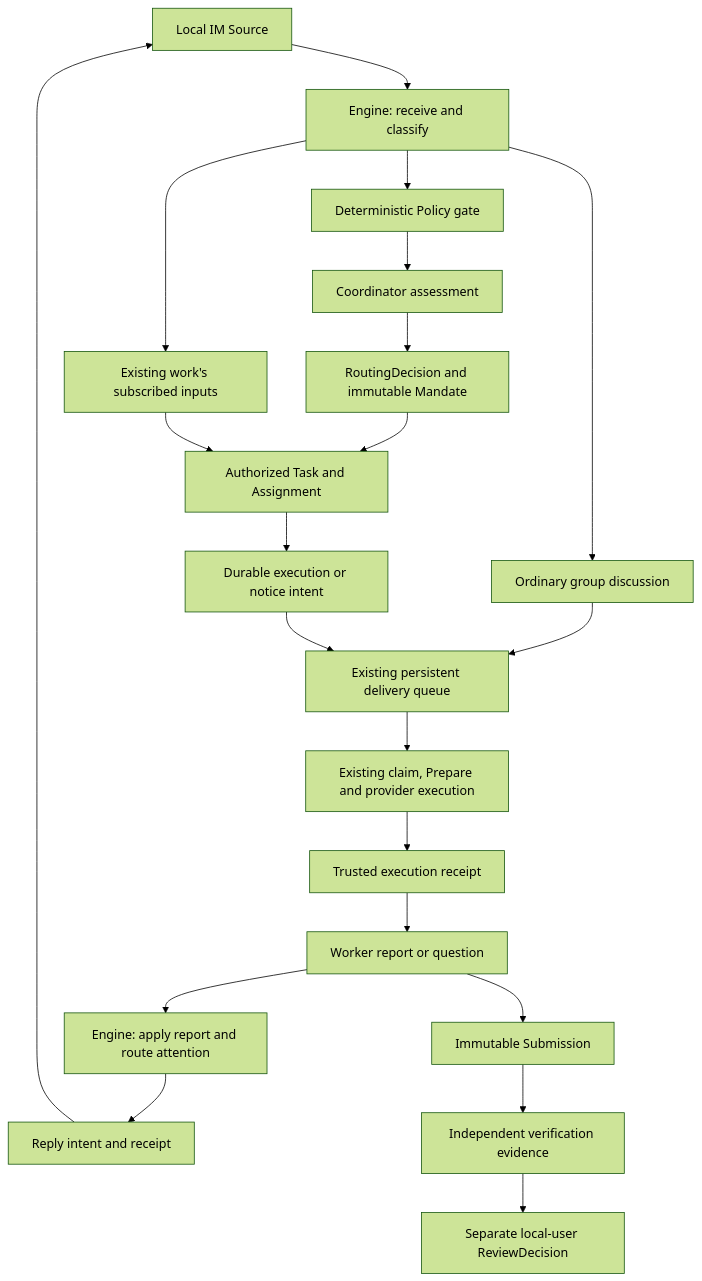
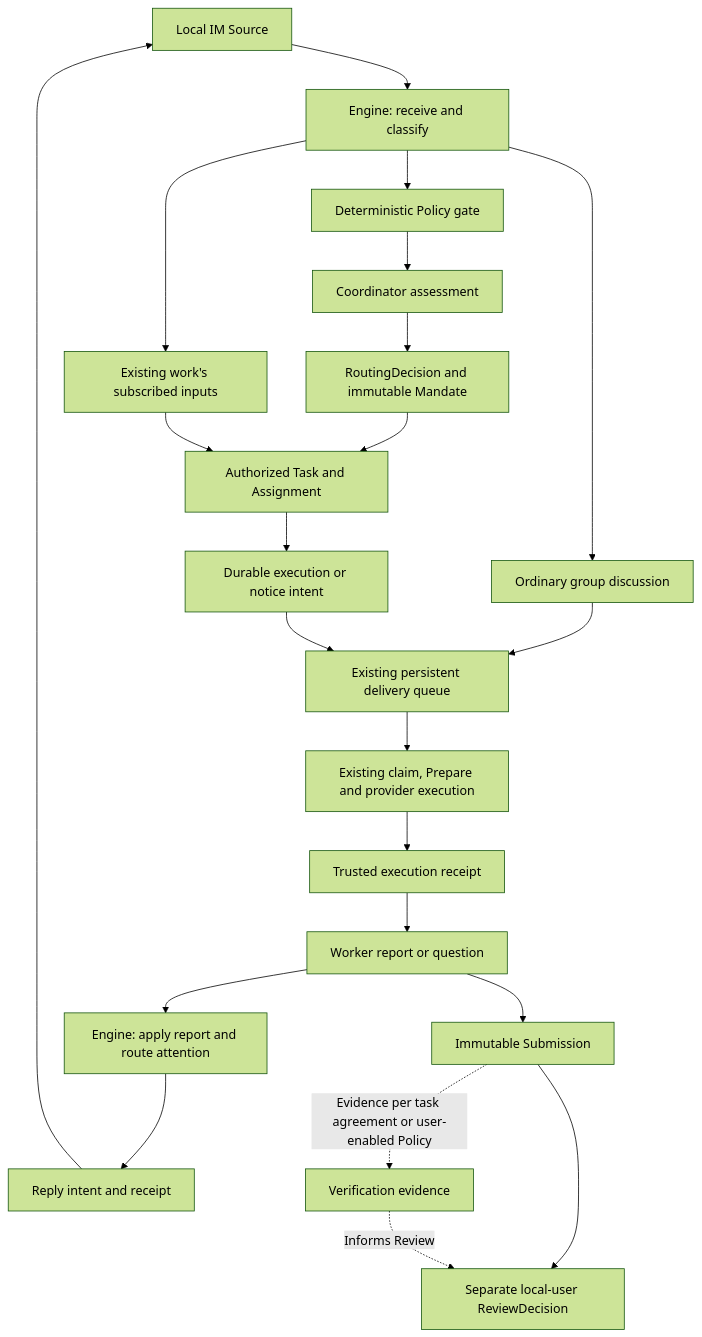
Before and after one commit to PeterFile/ct0x: the diagram in docs/orchestration.md, drawn with Mermaid (forest theme). The commit also changed other lines of this file and 2 other files, not shown here.

Commit message:
docs: Separate product and development policies

````diff
--- a/docs/orchestration.md
+++ b/docs/orchestration.md
@@ -15,23 +17,24 @@
 ```mermaid
 flowchart TD
     IM[Local IM Source] --> Intake[Engine: receive and classify]
     Intake --> Discussion[Ordinary group discussion]
     Intake --> Follow[Existing work's subscribed inputs]
     Intake --> Gate[Deterministic Policy gate]
     Gate --> Assess[Coordinator assessment]
     Assess --> Decision[RoutingDecision and immutable Mandate]
     Decision --> Task[Authorized Task and Assignment]
     Follow --> Task
     Task --> Intent[Durable execution or notice intent]
     Discussion --> Queue[Existing persistent delivery queue]
     Intent --> Queue
     Queue --> Runtime[Existing claim, Prepare and provider execution]
     Runtime --> Receipt[Trusted execution receipt]
     Receipt --> Report[Worker report or question]
     Report --> Engine[Engine: apply report and route attention]
     Engine --> Outbox[Reply intent and receipt]
     Outbox --> IM
     Report --> Submission[Immutable Submission]
-    Submission --> Verify[Independent verification evidence]
-    Verify --> Review[Separate local-user ReviewDecision]
+    Submission --> Review[Separate local-user ReviewDecision]
+    Submission -. "Evidence per task agreement or user-enabled Policy" .-> Verify[Verification evidence]
+    Verify -. "Informs Review" .-> Review
 ```
````
